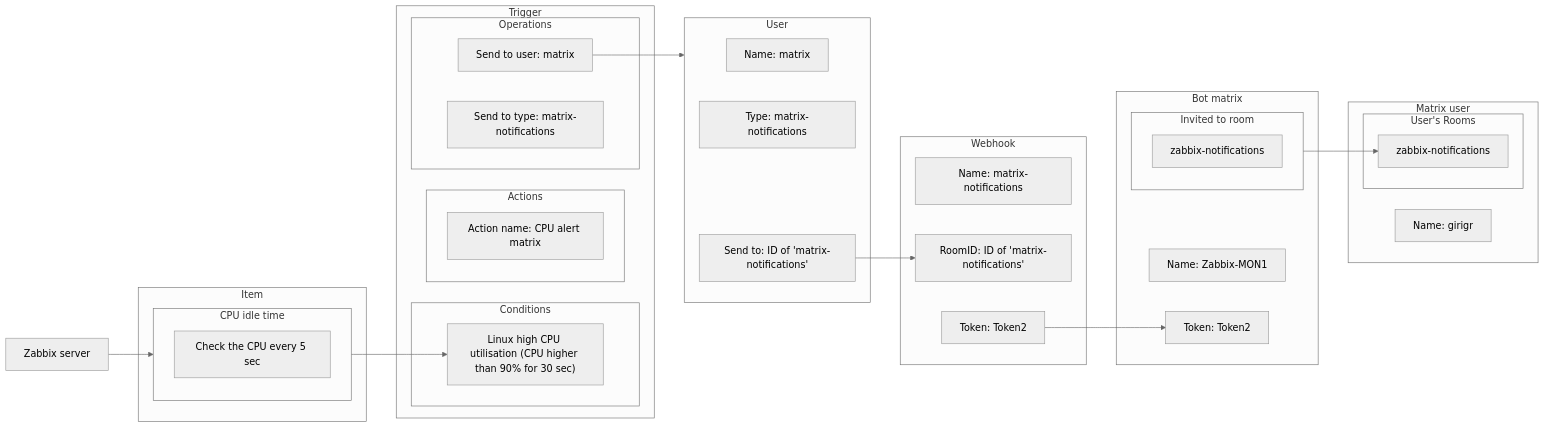
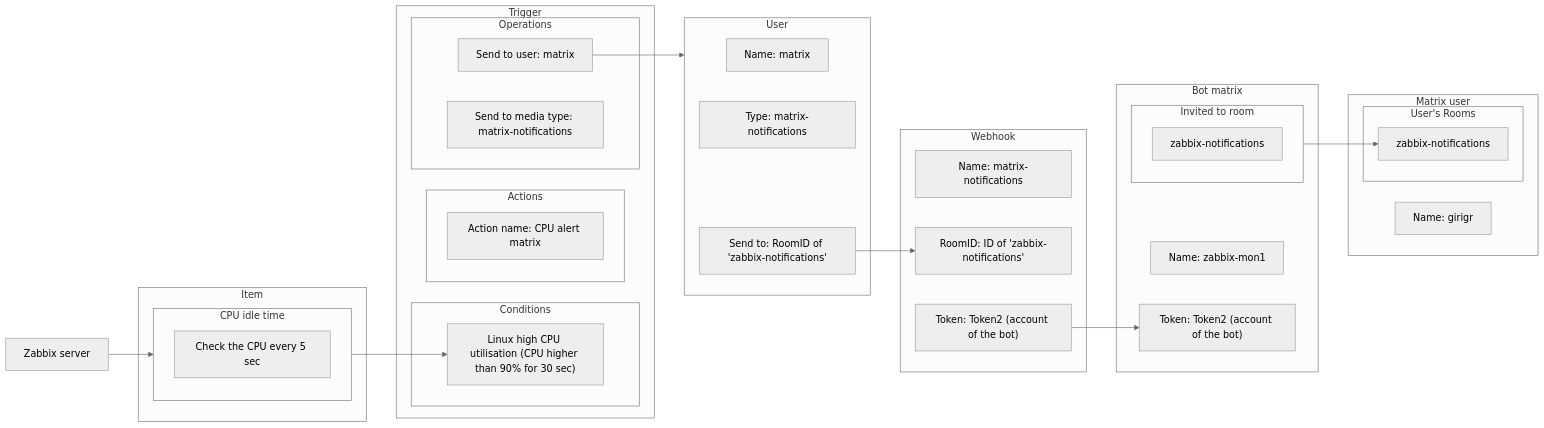
One commit to CPNV-ES-MON1/Zabbix changed the diagram in Doc/Schemas/diagram-notifications.md. Above: the diagram before and after it, drawn with Mermaid (neutral theme).

````diff
--- a/Doc/Schemas/diagram-notifications.md
+++ b/Doc/Schemas/diagram-notifications.md
@@ -1,69 +1,70 @@
 ```mermaid
+
 flowchart LR
 
 subgraph itemCpu["CPU idle time"]
         itemCpuCheck["Check the CPU every 5 sec"]
 end
 
 subgraph item["Item"]
         itemCpu
 end
 
 subgraph triggerActions["Actions"]
         triggerAction["Action name: CPU alert matrix"]
 end
 
 subgraph triggerConditions["Conditions"]
         triggerCondition["Linux high CPU utilisation (CPU higher than 90% for 30 sec)"]
 end
 
 subgraph triggerOperation["Operations"]
         triggerOperationUser["Send to user: matrix"]
-        triggerOperationMedia["Send to type: matrix-notifications"]
+        triggerOperationMedia["Send to media type: matrix-notifications"]
 end
 
 subgraph trigger["Trigger"]
         triggerActions
         triggerConditions
         triggerOperation
 end
 
 subgraph user["User"]
         userName["Name: matrix"]
         userType["Type: matrix-notifications"]
-        userSend@{ label: "Send to: ID of 'matrix-notifications'" }
+        userSend@{ label: "Send to: RoomID of 'zabbix-notifications'" }
 end
 
 subgraph webhook["Webhook"]
         webhookName["Name: matrix-notifications"]
-        webhookRoom@{ label: "RoomID: ID of 'matrix-notifications'" }
-        webhookToken["Token: Token2"]
+        webhookRoom@{ label: "RoomID: ID of 'zabbix-notifications'" }
+        webhookToken["Token: Token2 (account of the bot)"]
 end
 
 subgraph botInvites["Invited to room"]
         botInvitesRoom["zabbix-notifications"]
 end
 
 subgraph bot["Bot matrix"]
-        botName["Name: Zabbix-MON1"]
-        botToken["Token: Token2"]
+        botName["Name: zabbix-mon1"]
+        botToken["Token: Token2 (account of the bot)"]
         botInvites
 end
 
 subgraph matrixUserRooms["User's Rooms"]
         matrixUserRoomsZabbix["zabbix-notifications"]
 end
 
 subgraph matrixUser["Matrix user"]
         name["Name: girigr"]
         matrixUserRooms
 end
     zabbixServer["Zabbix server"] --> itemCpu
     itemCpu --> triggerCondition
     triggerOperationUser --> user
     userSend --> webhookRoom
     webhookToken --> botToken
     botInvites --> matrixUserRoomsZabbix
     userSend@{ shape: rect}
     webhookRoom@{ shape: rect}
 ```
````
